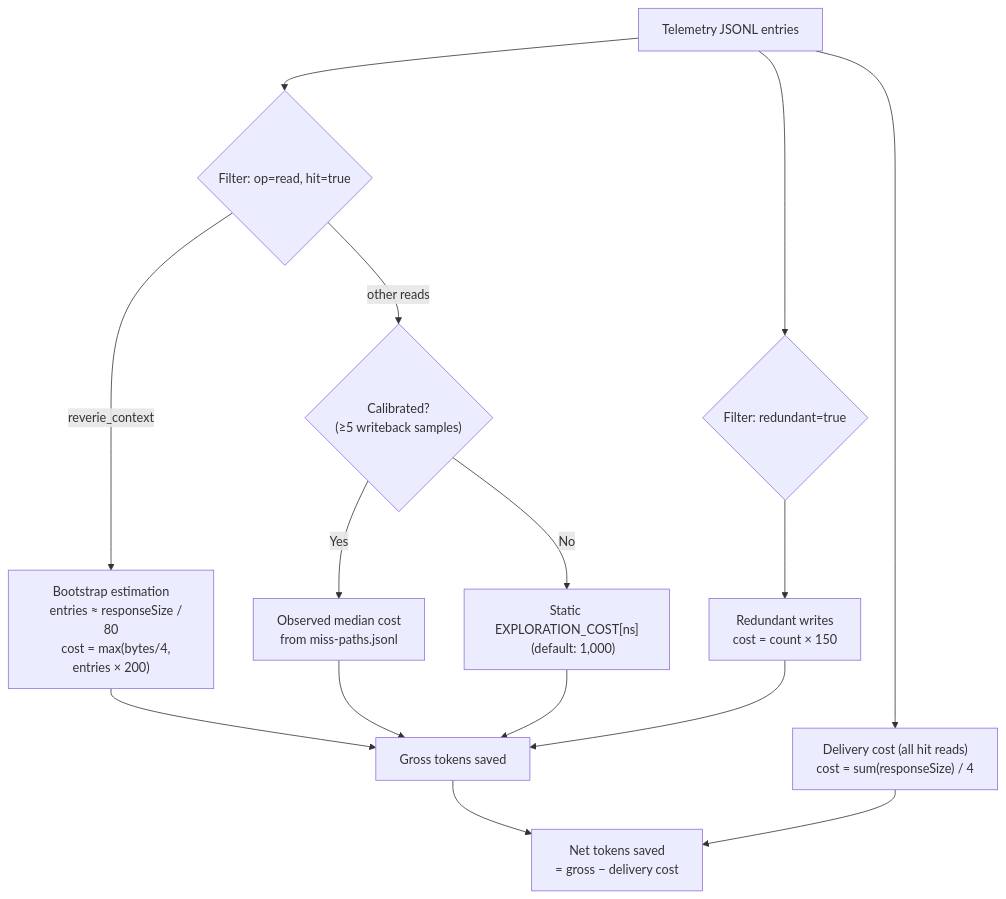
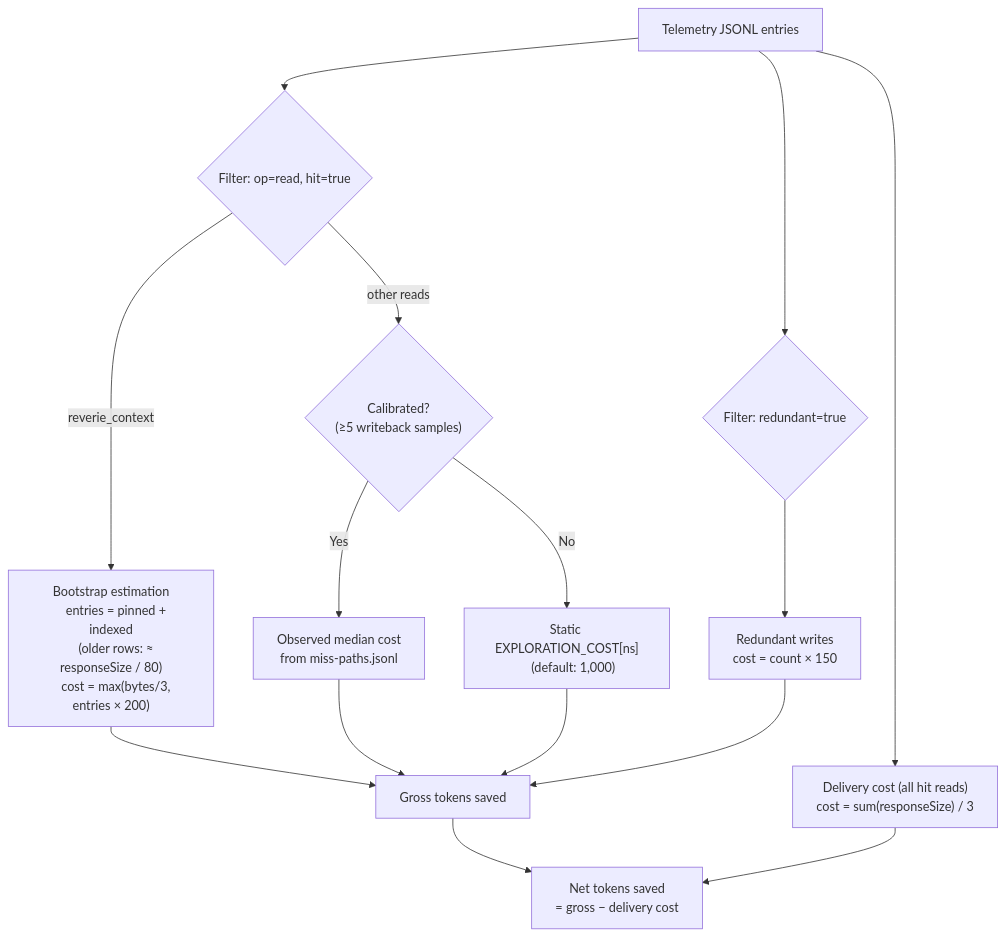
One commit to seabearDEV/Reverie changed the fifth of 6 diagrams in docs/token-savings.md. Above: the diagram before and after it, drawn with Mermaid. The commit also changed other lines of this file and 23 other files, not shown here.

First line of the commit message:
fix(telemetry): rows record response size, error code and namespace (#192, #203, #204, #206) (#228)

````diff
--- a/docs/token-savings.md
+++ b/docs/token-savings.md
@@ -309,28 +322,29 @@
 ```mermaid
 flowchart TD
     T["Telemetry JSONL entries"] --> F{"Filter: op=read, hit=true"}
     F -->|reverie_context| B["Bootstrap estimation
-    entries ≈ responseSize / 80
-    cost = max(bytes/4, entries × 200)"]
+    entries = pinned + indexed
+    (older rows: ≈ responseSize / 80)
+    cost = max(bytes/3, entries × 200)"]
     F -->|other reads| CAL{"Calibrated?
     (≥5 writeback samples)"}
     CAL -->|Yes| OBS["Observed median cost
     from miss-paths.jsonl"]
     CAL -->|No| STATIC["Static EXPLORATION_COST[ns]
     (default: 1,000)"]
     T --> R{"Filter: redundant=true"}
     R --> RW["Redundant writes
     cost = count × 150"]
 
     B --> GROSS["Gross tokens saved"]
     OBS --> GROSS
     STATIC --> GROSS
     RW --> GROSS
 
     T --> DC["Delivery cost (all hit reads)
-    cost = sum(responseSize) / 4"]
+    cost = sum(responseSize) / 3"]
 
     GROSS --> NET["Net tokens saved
     = gross − delivery cost"]
     DC --> NET
 ```
````
